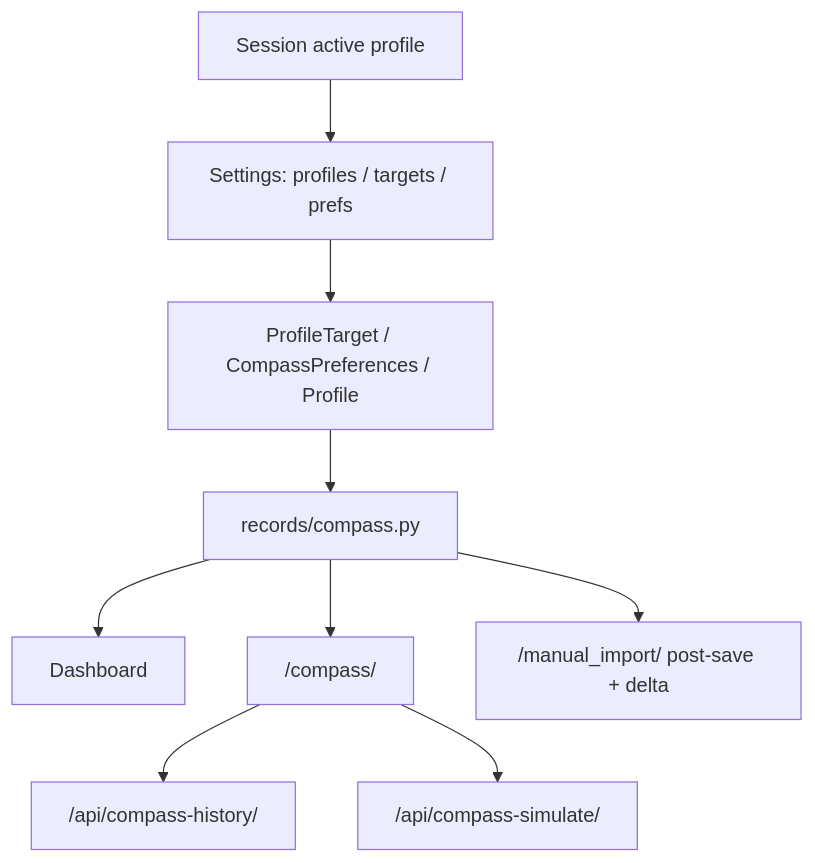
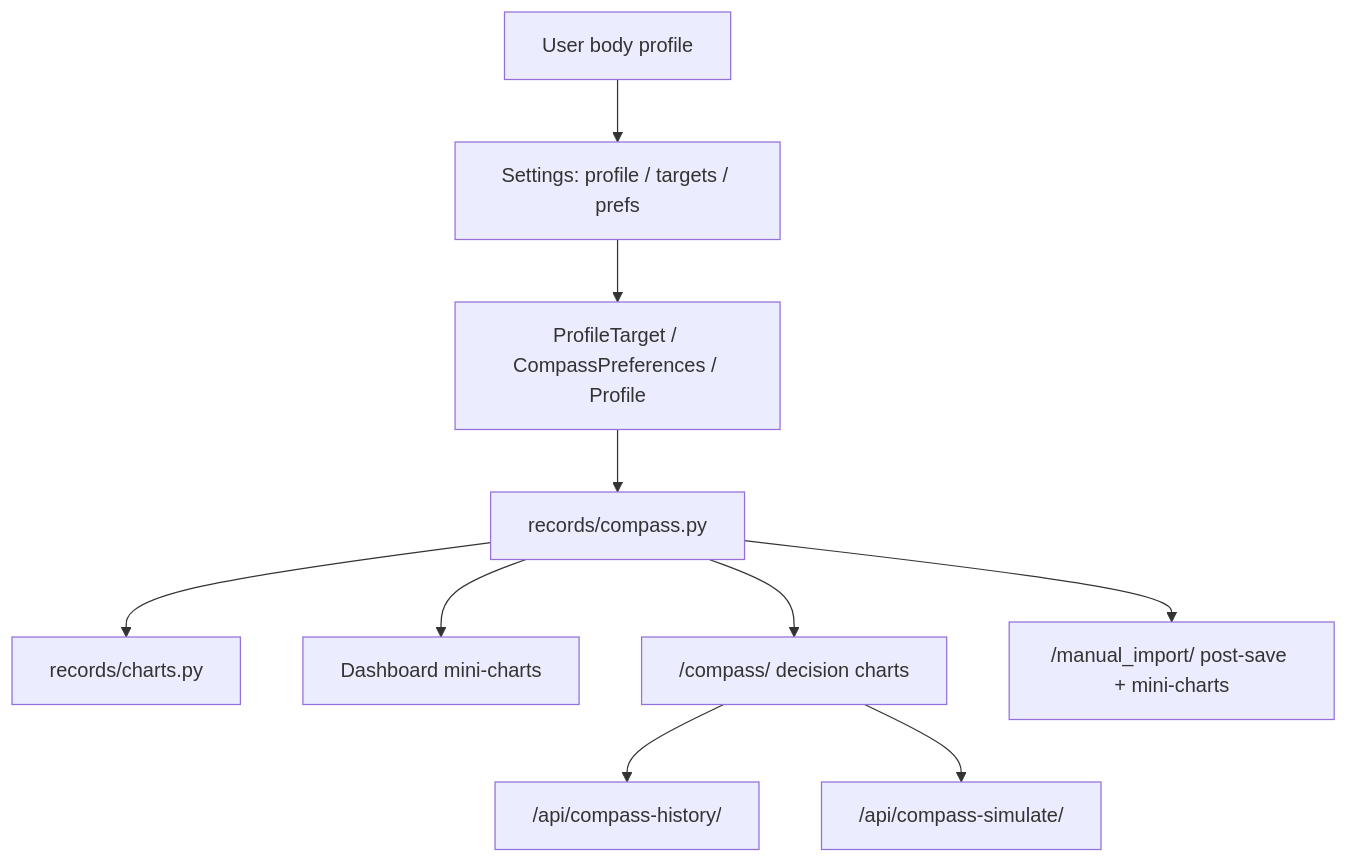
One commit to didac-crst/body-history changed the diagram in docs/features/body-compass-as-built.md. Above: the diagram before and after it, drawn with Mermaid. The commit also changed other lines of this file and 41 other files, not shown here.

First line of the commit message:
Enforce one profile per user and harden auth UX.

````diff
--- a/docs/features/body-compass-as-built.md
+++ b/docs/features/body-compass-as-built.md
@@ -14,11 +14,12 @@
 ```mermaid
 flowchart TB
-  profiles["Session active profile"] --> settings["Settings: profiles / targets / prefs"]
+  profile["User body profile"] --> settings["Settings: profile / targets / prefs"]
   settings --> db["ProfileTarget / CompassPreferences / Profile"]
   db --> service["records/compass.py"]
-  service --> dash["Dashboard"]
-  service --> page["/compass/"]
-  service --> mobile["/manual_import/ post-save + delta"]
+  service --> charts["records/charts.py"]
+  service --> dash["Dashboard mini-charts"]
+  service --> page["/compass/ decision charts"]
+  service --> mobile["/manual_import/ post-save + mini-charts"]
   page --> historyApi["/api/compass-history/"]
   page --> simApi["/api/compass-simulate/"]
 ```
````
